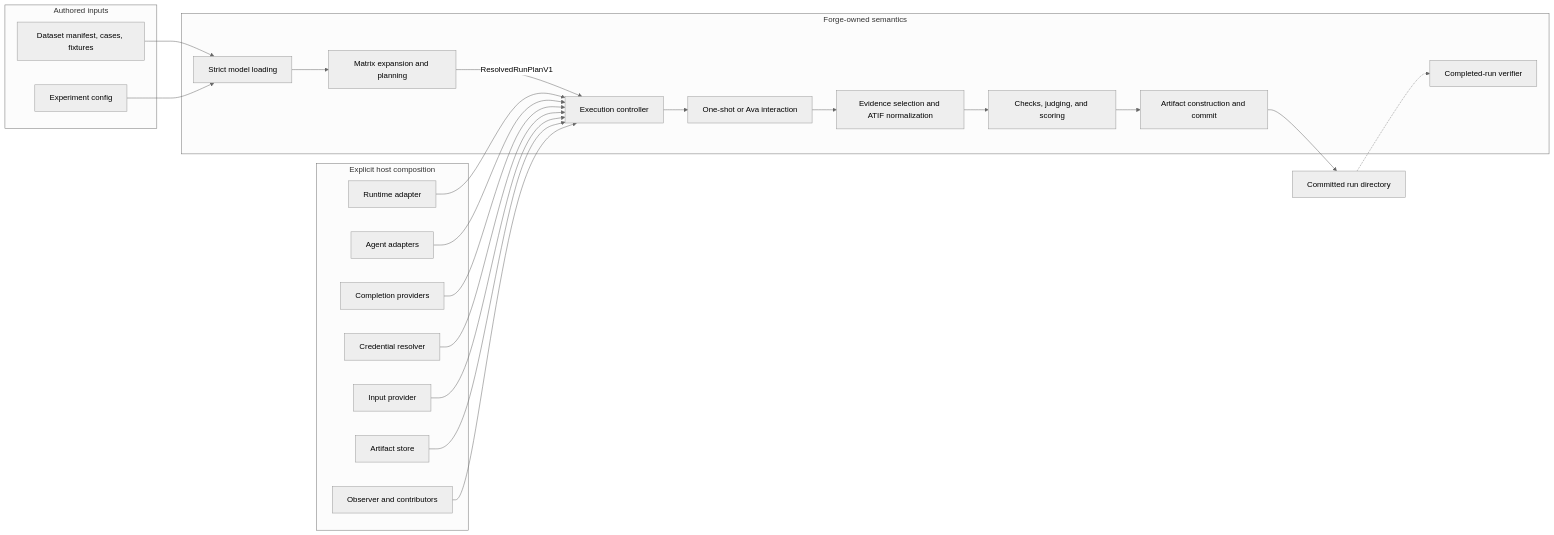
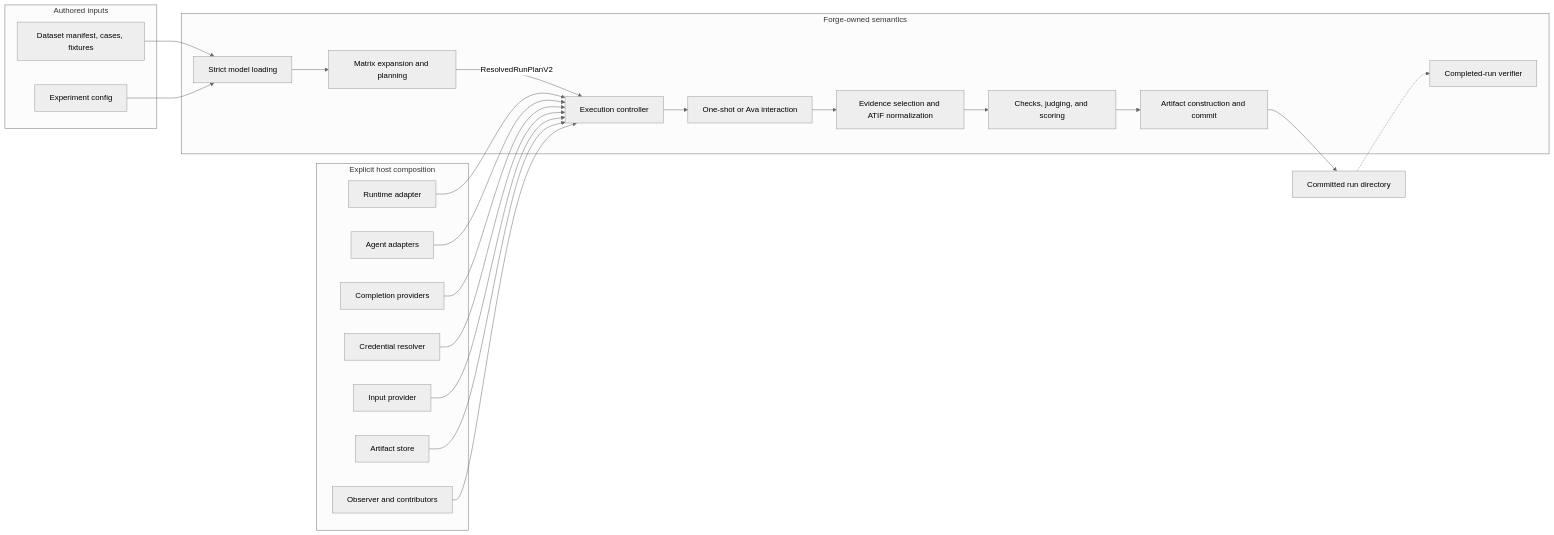
One commit to stripe/forge changed the first of 3 diagrams in docs/architecture.md. Above: the diagram before and after it, drawn with Mermaid (neutral theme). The commit also changed other lines of this file and 53 other files, not shown here.

````diff
--- a/docs/architecture.md
+++ b/docs/architecture.md
@@ -65,43 +65,43 @@
 ```mermaid
 flowchart LR
     subgraph Inputs[Authored inputs]
         D[Dataset manifest, cases, fixtures]
         X[Experiment config]
     end
 
     subgraph Core[Forge-owned semantics]
         M[Strict model loading]
         P[Matrix expansion and planning]
         E[Execution controller]
         I[One-shot or Ava interaction]
         N[Evidence selection and ATIF normalization]
         V[Checks, judging, and scoring]
         R[Artifact construction and commit]
         VR[Completed-run verifier]
     end
 
     subgraph Host[Explicit host composition]
         RT[Runtime adapter]
         A[Agent adapters]
         C[Completion providers]
         CR[Credential resolver]
         IP[Input provider]
         AS[Artifact store]
         O[Observer and contributors]
     end
 
     D --> M
     X --> M
     M --> P
-    P -->|ResolvedRunPlanV1| E
+    P -->|ResolvedRunPlanV2| E
     RT --> E
     A --> E
     C --> E
     CR --> E
     IP --> E
     AS --> E
     O --> E
     E --> I --> N --> V --> R
     R --> OUT[Committed run directory]
     OUT -.-> VR
 ```
````
